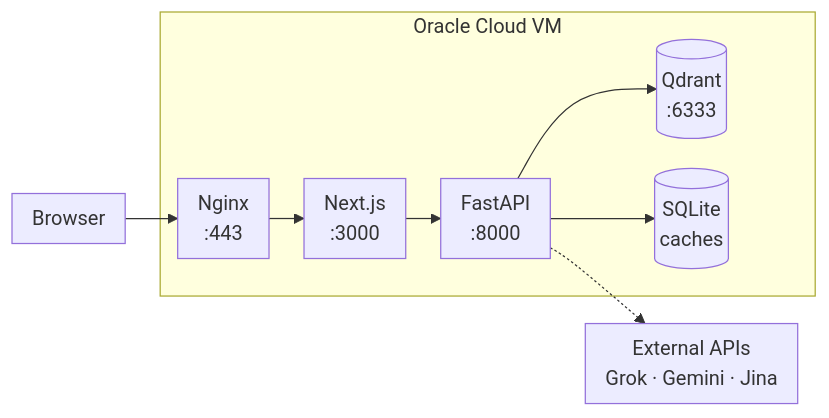
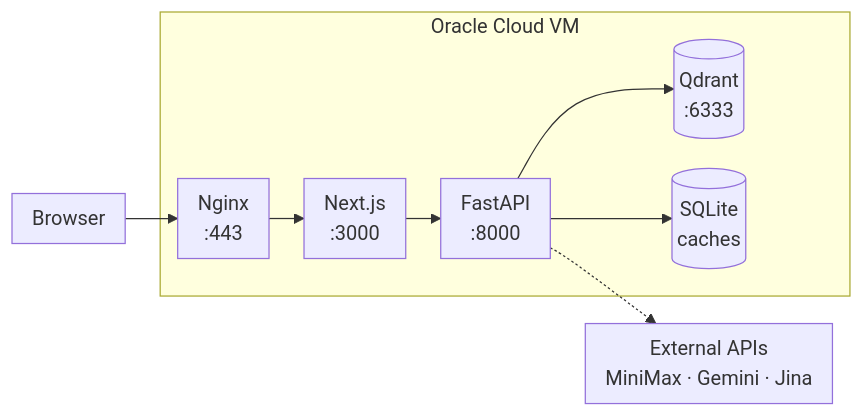
One commit to tarunkauxhik/multimodal-enterprise-rag changed the first of 3 diagrams in README.md. Above: the diagram before and after it, drawn with Mermaid. The commit also changed other lines of this file and 13 other files, not shown here.

First line of the commit message:
feat: migrate RAG generation to MiniMax

````diff
--- a/README.md
+++ b/README.md
@@ -19,11 +19,11 @@
 ```mermaid
 %%{init: {"flowchart": {"nodeSpacing": 24, "rankSpacing": 28, "padding": 8, "diagramPadding": 4}}}%%
 flowchart LR
     U["Browser"] --> N
     subgraph VM["Oracle Cloud VM"]
         N["Nginx<br/>:443"] --> W["Next.js<br/>:3000"] --> A["FastAPI<br/>:8000"]
         A --> Q[("Qdrant<br/>:6333")]
         A --> C[("SQLite<br/>caches")]
     end
-    A -.-> X["External APIs<br/>Grok · Gemini · Jina"]
+    A -.-> X["External APIs<br/>MiniMax · Gemini · Jina"]
 ```
````
